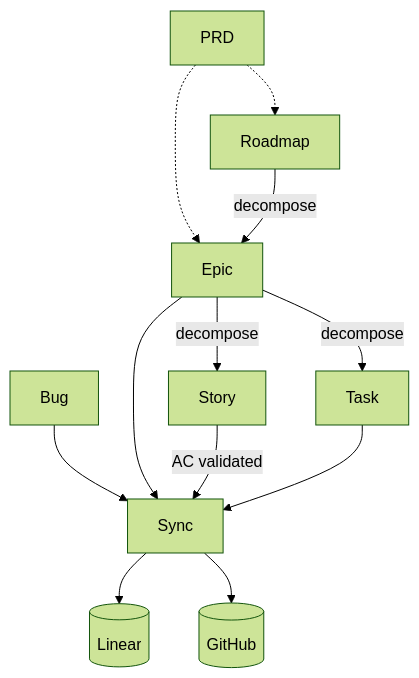
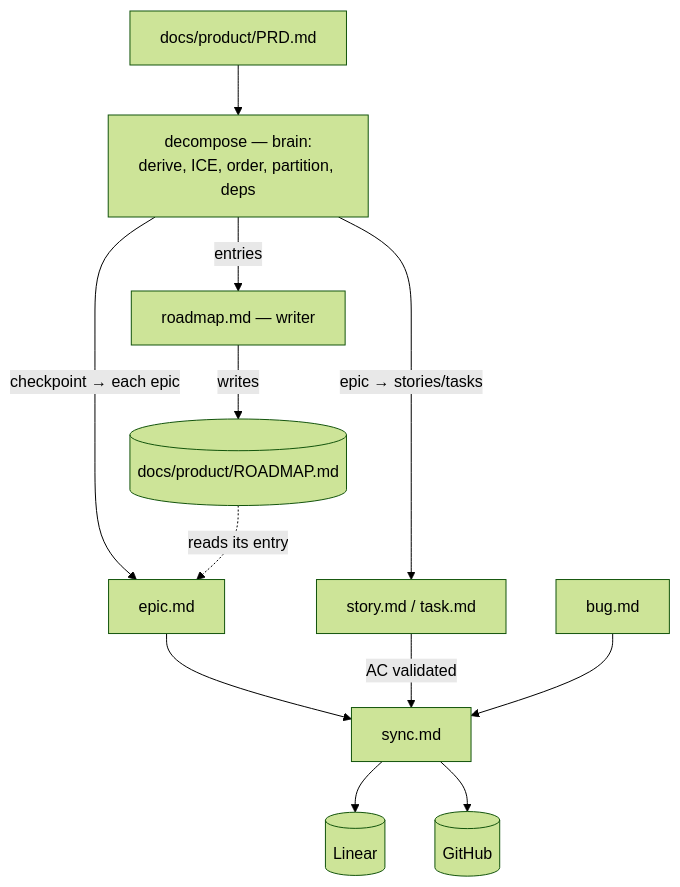
One commit to adeonir/agent-skills changed the diagram in skills/product/epic-tracker/README.md. Above: the diagram before and after it, drawn with Mermaid (forest theme). The commit also changed other lines of this file and 15 other files, not shown here.

First line of the commit message:
refactor(epic-tracker): make decompose the planning brain, roadmap a writer

````diff
--- a/skills/product/epic-tracker/README.md
+++ b/skills/product/epic-tracker/README.md
@@ -7,14 +7,14 @@
 ```mermaid
 flowchart TD
-    PRD[PRD] -.-> RM[Roadmap]
-    PRD -.-> EP
-    RM -->|decompose| EP[Epic]
-    EP -->|decompose| ST[Story]
-    EP -->|decompose| TK[Task]
-    BG[Bug] --> SY
-    EP --> SY
-    ST -->|AC validated| SY[Sync]
-    TK --> SY
+    PRD[docs/product/PRD.md] --> DEC[decompose — brain:<br>derive, ICE, order, partition, deps]
+    DEC -->|entries| RW[roadmap.md — writer]
+    RW -->|writes| RM[(docs/product/ROADMAP.md)]
+    DEC -->|checkpoint → each epic| EP[epic.md]
+    RM -.reads its entry.-> EP
+    DEC -->|epic → stories/tasks| STK[story.md / task.md]
+    EP --> SY[sync.md]
+    STK -->|AC validated| SY
+    BG[bug.md] --> SY
     SY --> LN[(Linear)]
     SY --> GH[(GitHub)]
 ```
````
